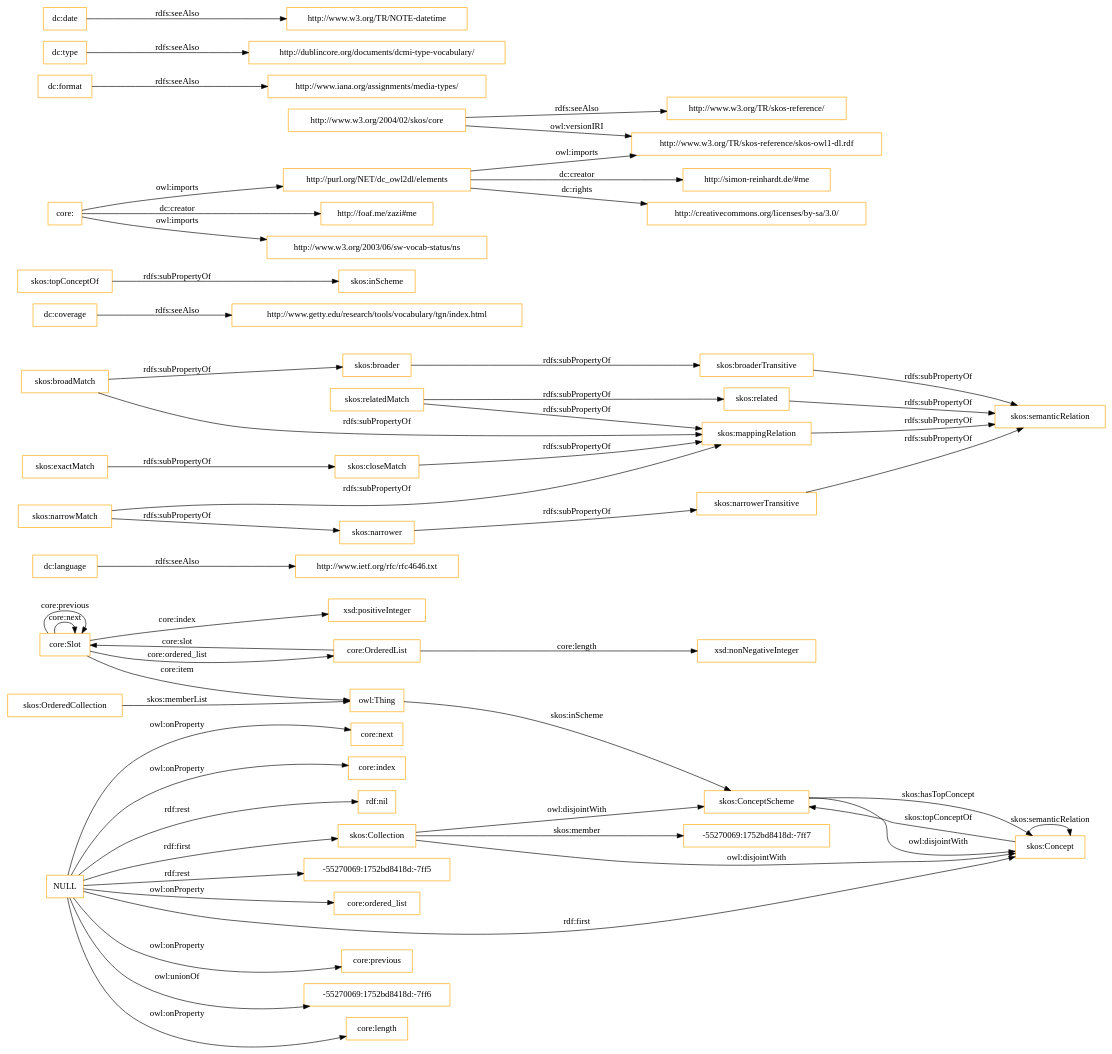
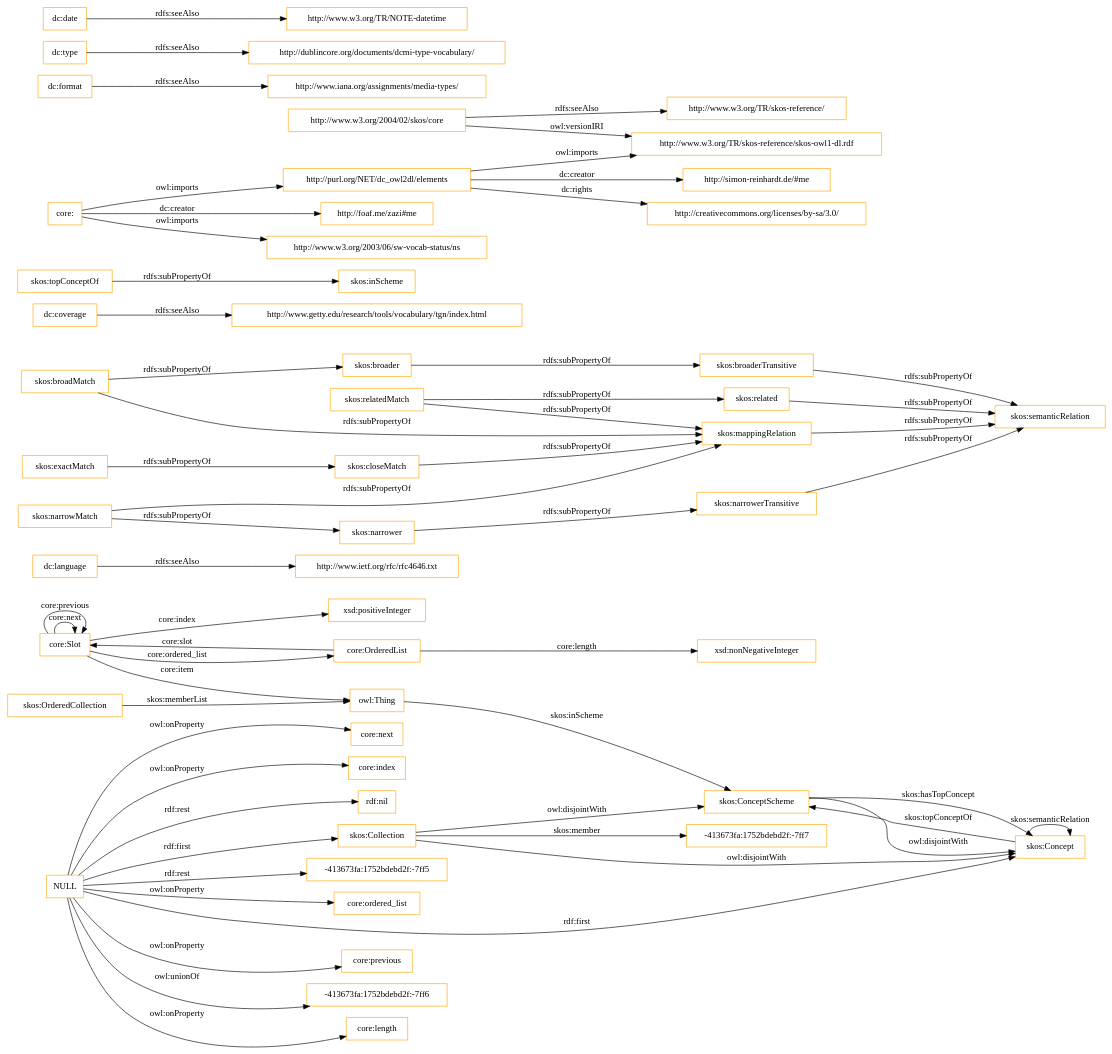
One commit to OnToologyUser/core-ontology-1 changed the diagram in OnToology/imports/core.owl/diagrams/ar2dtool-class/core.owl.png.dot. Above: the diagram before and after it, drawn with Graphviz. The commit also changed 14 other files, not shown here.

```diff
--- a/OnToology/imports/core.owl/diagrams/ar2dtool-class/core.owl.png.dot
+++ b/OnToology/imports/core.owl/diagrams/ar2dtool-class/core.owl.png.dot
@@ -1,60 +1,60 @@
 digraph ar2dtool_diagram { 
 rankdir=LR;
 size="1501"
-node [shape = rectangle, color="orange"]; "core:Slot" "core:OrderedList" "-55270069:1752bd8418d:-7ff7" "skos:OrderedCollection" "skos:Collection" "skos:ConceptScheme" "skos:Concept" ; /*classes style*/
+node [shape = rectangle, color="orange"]; "core:Slot" "core:OrderedList" "-413673fa:1752bdebd2f:-7ff7" "skos:OrderedCollection" "skos:Collection" "skos:ConceptScheme" "skos:Concept" ; /*classes style*/
 	"dc:language" -> "http://www.ietf.org/rfc/rfc4646.txt" [ label = "rdfs:seeAlso" ];
 	"NULL" -> "core:previous" [ label = "owl:onProperty" ];
-	"NULL" -> "-55270069:1752bd8418d:-7ff6" [ label = "owl:unionOf" ];
+	"NULL" -> "-413673fa:1752bdebd2f:-7ff6" [ label = "owl:unionOf" ];
 	"NULL" -> "core:length" [ label = "owl:onProperty" ];
 	"NULL" -> "skos:Concept" [ label = "rdf:first" ];
 	"NULL" -> "core:next" [ label = "owl:onProperty" ];
 	"NULL" -> "core:index" [ label = "owl:onProperty" ];
 	"NULL" -> "rdf:nil" [ label = "rdf:rest" ];
-	"NULL" -> "-55270069:1752bd8418d:-7ff5" [ label = "rdf:rest" ];
+	"NULL" -> "-413673fa:1752bdebd2f:-7ff5" [ label = "rdf:rest" ];
 	"NULL" -> "core:ordered_list" [ label = "owl:onProperty" ];
 	"NULL" -> "skos:Collection" [ label = "rdf:first" ];
 	"skos:closeMatch" -> "skos:mappingRelation" [ label = "rdfs:subPropertyOf" ];
 	"dc:coverage" -> "http://www.getty.edu/research/tools/vocabulary/tgn/index.html" [ label = "rdfs:seeAlso" ];
 	"skos:relatedMatch" -> "skos:related" [ label = "rdfs:subPropertyOf" ];
 	"skos:relatedMatch" -> "skos:mappingRelation" [ label = "rdfs:subPropertyOf" ];
 	"skos:ConceptScheme" -> "skos:Concept" [ label = "owl:disjointWith" ];
 	"skos:related" -> "skos:semanticRelation" [ label = "rdfs:subPropertyOf" ];
 	"skos:topConceptOf" -> "skos:inScheme" [ label = "rdfs:subPropertyOf" ];
 	"skos:broadMatch" -> "skos:broader" [ label = "rdfs:subPropertyOf" ];
 	"skos:broadMatch" -> "skos:mappingRelation" [ label = "rdfs:subPropertyOf" ];
 	"http://purl.org/NET/dc_owl2dl/elements" -> "http://www.w3.org/TR/skos-reference/skos-owl1-dl.rdf" [ label = "owl:imports" ];
 	"http://purl.org/NET/dc_owl2dl/elements" -> "http://creativecommons.org/licenses/by-sa/3.0/" [ label = "dc:rights" ];
 	"http://purl.org/NET/dc_owl2dl/elements" -> "http://simon-reinhardt.de/#me" [ label = "dc:creator" ];
 	"skos:exactMatch" -> "skos:closeMatch" [ label = "rdfs:subPropertyOf" ];
 	"dc:format" -> "http://www.iana.org/assignments/media-types/" [ label = "rdfs:seeAlso" ];
 	"core:" -> "http://foaf.me/zazi#me" [ label = "dc:creator" ];
 	"core:" -> "http://www.w3.org/2003/06/sw-vocab-status/ns" [ label = "owl:imports" ];
 	"core:" -> "http://purl.org/NET/dc_owl2dl/elements" [ label = "owl:imports" ];
 	"skos:broaderTransitive" -> "skos:semanticRelation" [ label = "rdfs:subPropertyOf" ];
 	"skos:mappingRelation" -> "skos:semanticRelation" [ label = "rdfs:subPropertyOf" ];
 	"skos:broader" -> "skos:broaderTransitive" [ label = "rdfs:subPropertyOf" ];
 	"dc:type" -> "http://dublincore.org/documents/dcmi-type-vocabulary/" [ label = "rdfs:seeAlso" ];
 	"http://www.w3.org/2004/02/skos/core" -> "http://www.w3.org/TR/skos-reference/skos-owl1-dl.rdf" [ label = "owl:versionIRI" ];
 	"http://www.w3.org/2004/02/skos/core" -> "http://www.w3.org/TR/skos-reference/" [ label = "rdfs:seeAlso" ];
 	"skos:Collection" -> "skos:ConceptScheme" [ label = "owl:disjointWith" ];
 	"skos:Collection" -> "skos:Concept" [ label = "owl:disjointWith" ];
 	"skos:narrowMatch" -> "skos:narrower" [ label = "rdfs:subPropertyOf" ];
 	"skos:narrowMatch" -> "skos:mappingRelation" [ label = "rdfs:subPropertyOf" ];
 	"skos:narrower" -> "skos:narrowerTransitive" [ label = "rdfs:subPropertyOf" ];
 	"dc:date" -> "http://www.w3.org/TR/NOTE-datetime" [ label = "rdfs:seeAlso" ];
 	"skos:narrowerTransitive" -> "skos:semanticRelation" [ label = "rdfs:subPropertyOf" ];
 	"core:Slot" -> "xsd:positiveInteger" [ label = "core:index" ];
 	"skos:Concept" -> "skos:ConceptScheme" [ label = "skos:topConceptOf" ];
 	"core:Slot" -> "owl:Thing" [ label = "core:item" ];
 	"core:OrderedList" -> "xsd:nonNegativeInteger" [ label = "core:length" ];
 	"core:OrderedList" -> "core:Slot" [ label = "core:slot" ];
-	"skos:Collection" -> "-55270069:1752bd8418d:-7ff7" [ label = "skos:member" ];
+	"skos:Collection" -> "-413673fa:1752bdebd2f:-7ff7" [ label = "skos:member" ];
 	"core:Slot" -> "core:Slot" [ label = "core:next" ];
 	"skos:ConceptScheme" -> "skos:Concept" [ label = "skos:hasTopConcept" ];
 	"owl:Thing" -> "skos:ConceptScheme" [ label = "skos:inScheme" ];
 	"core:Slot" -> "core:Slot" [ label = "core:previous" ];
 	"skos:OrderedCollection" -> "owl:Thing" [ label = "skos:memberList" ];
 	"skos:Concept" -> "skos:Concept" [ label = "skos:semanticRelation" ];
 	"core:Slot" -> "core:OrderedList" [ label = "core:ordered_list" ];
 
 }
```
